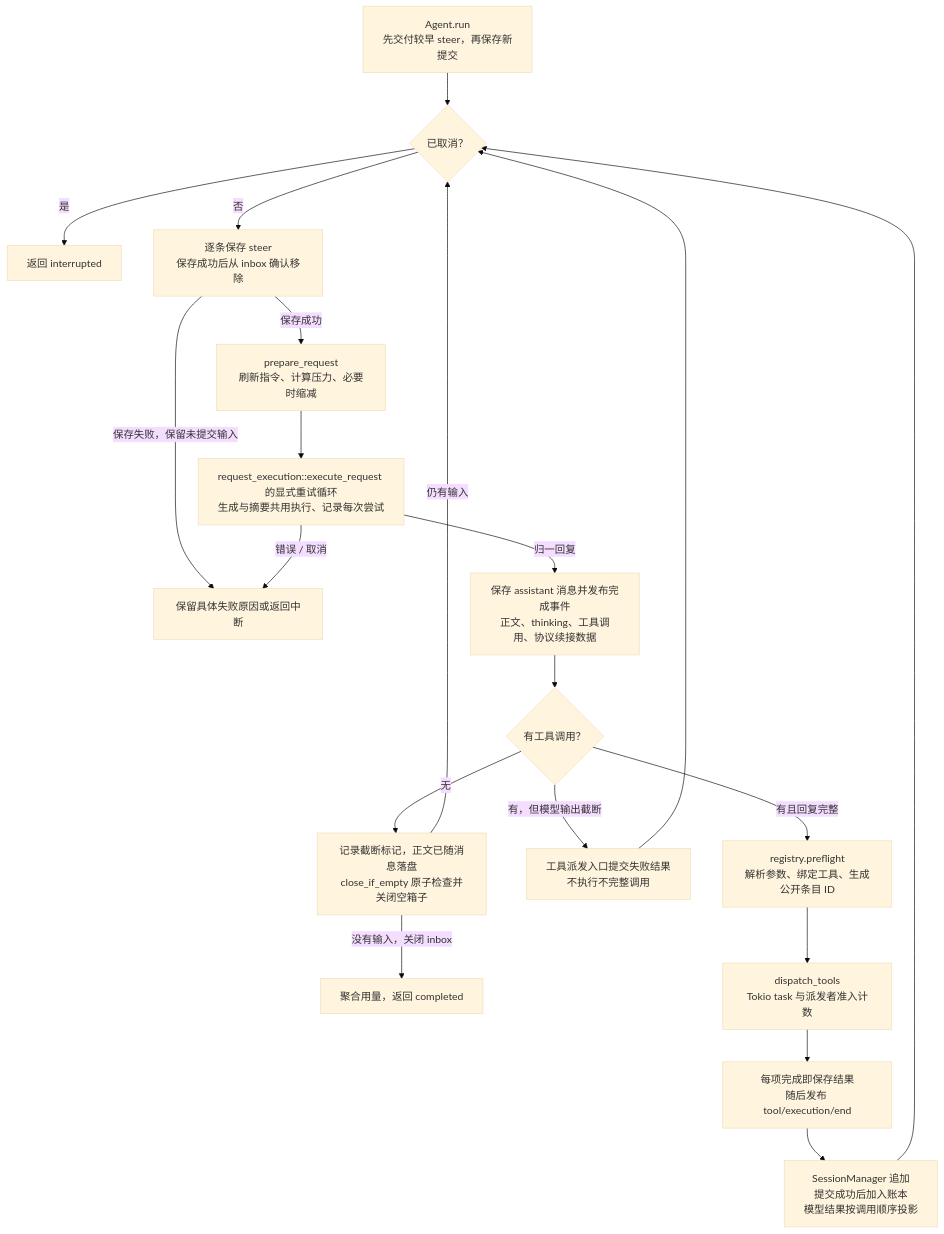
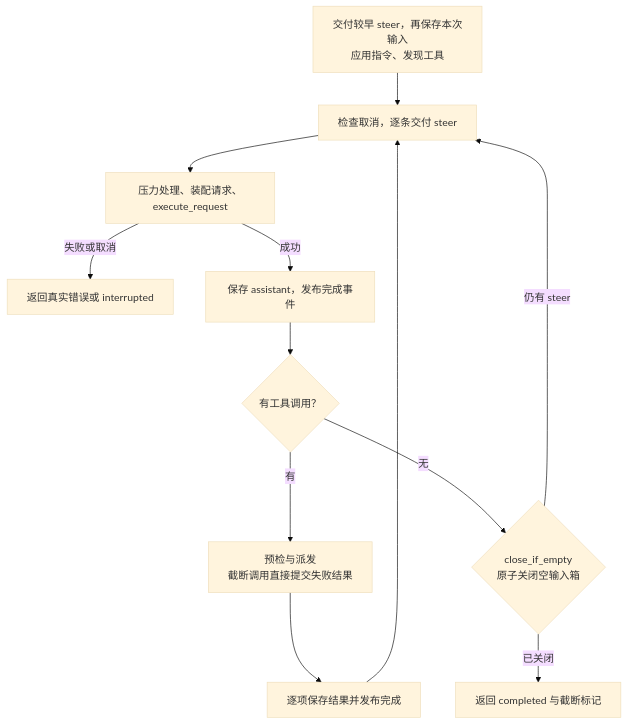
The seventh of 14 diagrams in docs/architecture.md (qjcnmd/singularity-agent), drawn with Mermaid (base theme) before and after one commit. The commit also changed other lines of this file and 9 other files, not shown here.

````diff
--- a/docs/architecture.md
+++ b/docs/architecture.md
@@ -392,22 +239,14 @@
 ```mermaid
 flowchart TB
-    Input["Agent.run<br/>先交付较早 steer，再保存新提交"] --> Cancel{"已取消？"}
-    Cancel -->|"是"| Abort["返回 interrupted"]
-    Cancel -->|"否"| Inbox["逐条保存 steer<br/>保存成功后从 inbox 确认移除"]
-    Inbox -->|"保存失败，保留未提交输入"| Failure
-    Inbox -->|"保存成功"| Prepare["prepare_request<br/>刷新指令、计算压力、必要时缩减"]
-    Prepare --> Request["request_execution::execute_request 的显式重试循环<br/>生成与摘要共用执行、记录每次尝试"]
-    Request -->|"错误 / 取消"| Failure["保留具体失败原因或返回中断"]
-    Request -->|"归一回复"| Assistant["保存 assistant 消息并发布完成事件<br/>正文、thinking、工具调用、协议续接数据"]
+    Start["交付较早 steer，再保存本次输入<br/>应用指令、发现工具"] --> Input["检查取消，逐条交付 steer"]
+    Input --> Request["压力处理、装配请求、execute_request"]
+    Request -->|"失败或取消"| End["返回真实错误或 interrupted"]
+    Request -->|"成功"| Assistant["保存 assistant，发布完成事件"]
     Assistant --> Calls{"有工具调用？"}
-    Calls -->|"无"| Stop["记录截断标记，正文已随消息落盘<br/>close_if_empty 原子检查并关闭空箱子"]
-    Stop -->|"仍有输入"| Cancel
-    Stop -->|"没有输入，关闭 inbox"| Completed["聚合用量，返回 completed"]
-    Calls -->|"有，但模型输出截断"| Truncated["工具派发入口提交失败结果<br/>不执行不完整调用"]
-    Truncated --> Cancel
-    Calls -->|"有且回复完整"| Preflight["registry.preflight<br/>解析参数、绑定工具、生成公开条目 ID"]
-    Preflight --> Dispatch["dispatch_tools<br/>Tokio task 与派发者准入计数"]
-    Dispatch --> Results["每项完成即保存结果<br/>随后发布 tool/execution/end"]
-    Results --> Context["SessionManager 追加<br/>提交成功后加入账本<br/>模型结果按调用顺序投影"]
-    Context --> Cancel
+    Calls -->|"有"| Tools["预检与派发<br/>截断调用直接提交失败结果"]
+    Tools --> Commit["逐项保存结果并发布完成"]
+    Commit --> Input
+    Calls -->|"无"| Close{"close_if_empty<br/>原子关闭空输入箱"}
+    Close -->|"仍有 steer"| Input
+    Close -->|"已关闭"| Done["返回 completed 与截断标记"]
 ```
````
